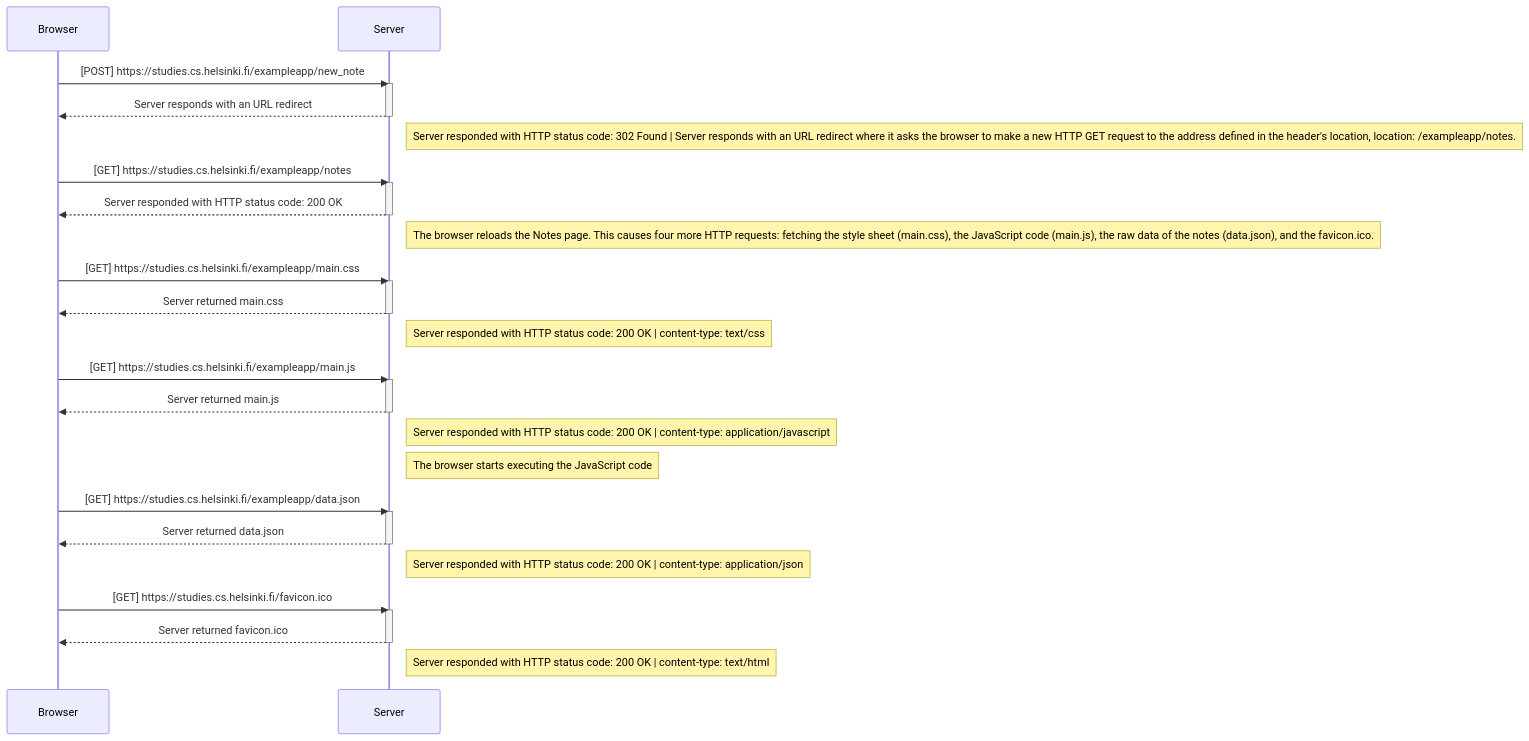
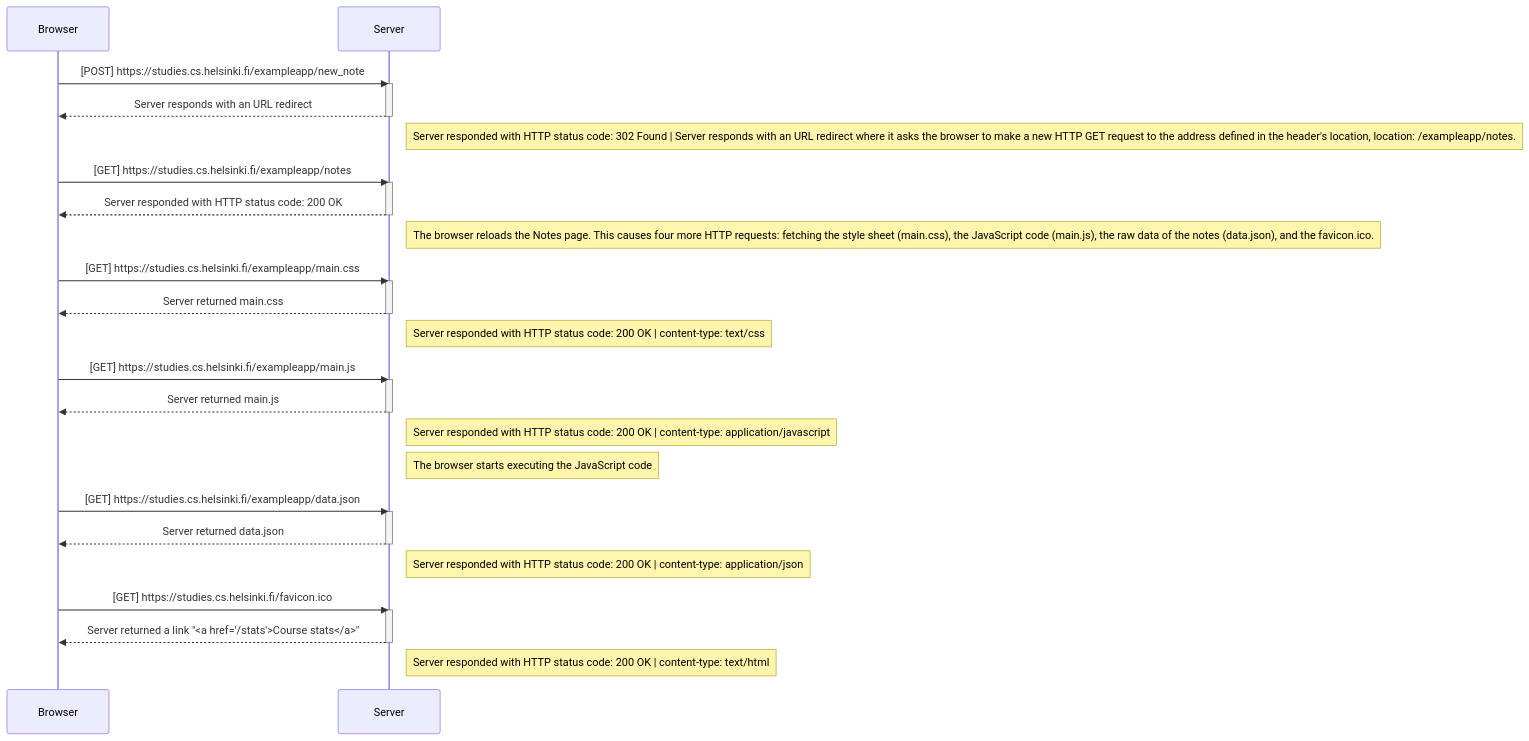
Before and after one commit to Northcrisp/Full_Stack_Open: the diagram in Part0/0.4__New_Note_Diagram.md, drawn with Mermaid. The commit also changed 1 other file, not shown here.

Commit message:
Updated diagram 0.4. Added diagram 0.5.

````diff
--- a/Part0/0.4__New_Note_Diagram.md
+++ b/Part0/0.4__New_Note_Diagram.md
@@ -1,69 +1,69 @@
 ```mermaid
 sequenceDiagram
     
     participant Browser
     participant Server
 
     %% [Request/Response NR: 1] ************************************************
     
     Browser->>Server: [POST] https://studies.cs.helsinki.fi/exampleapp/new_note 
     activate Server
 
     Server-->>Browser: Server responds with an URL redirect
     deactivate Server
 
     Note right of Server: Server responded with HTTP status code: 302 Found | Server responds with an URL redirect where it asks the browser to make a new HTTP GET request to the address defined in the header's location, location: /exampleapp/notes.
 
     %% [Request/Response NR: 2] ************************************************
 
     Browser->>Server: [GET] https://studies.cs.helsinki.fi/exampleapp/notes
     activate Server
     
     Server-->>Browser: Server responded with HTTP status code: 200 OK
     deactivate Server
 
     Note right of Server: The browser reloads the Notes page. This causes four more HTTP requests: fetching the style sheet (main.css), the JavaScript code (main.js), the raw data of the notes (data.json), and the favicon.ico. 
 
     %% [Request/Response NR: 3] ************************************************
 
     Browser->>Server: [GET] https://studies.cs.helsinki.fi/exampleapp/main.css
     activate Server
 
     Server-->>Browser: Server returned main.css
     deactivate Server
 
     Note right of Server: Server responded with HTTP status code: 200 OK | content-type: text/css;
 
     %% [Request/Response NR: 4] ************************************************
 
     Browser->>Server: [GET] https://studies.cs.helsinki.fi/exampleapp/main.js
     activate Server
 
     Server-->>Browser: Server returned main.js
     deactivate Server
 
     Note right of Server: Server responded with HTTP status code: 200 OK | content-type: application/javascript;
     Note right of Server: The browser starts executing the JavaScript code
 
     %% [Request/Response NR: 5] ************************************************
 
     Browser->>Server: [GET] https://studies.cs.helsinki.fi/exampleapp/data.json
     activate Server
 
     Server-->>Browser: Server returned data.json
     deactivate Server
 
     Note right of Server: Server responded with HTTP status code: 200 OK | content-type: application/json;
 
     %% [Request/Response NR: 6] ************************************************
 
     Browser->>Server: [GET] https://studies.cs.helsinki.fi/favicon.ico
     activate Server
 
-    Server-->>Browser: Server returned favicon.ico
+    Server-->>Browser: Server returned a link "<a href="/stats">Course stats</a>"
     deactivate Server
 
     Note right of Server: Server responded with HTTP status code: 200 OK | content-type: text/html
 
 
 ```
````
